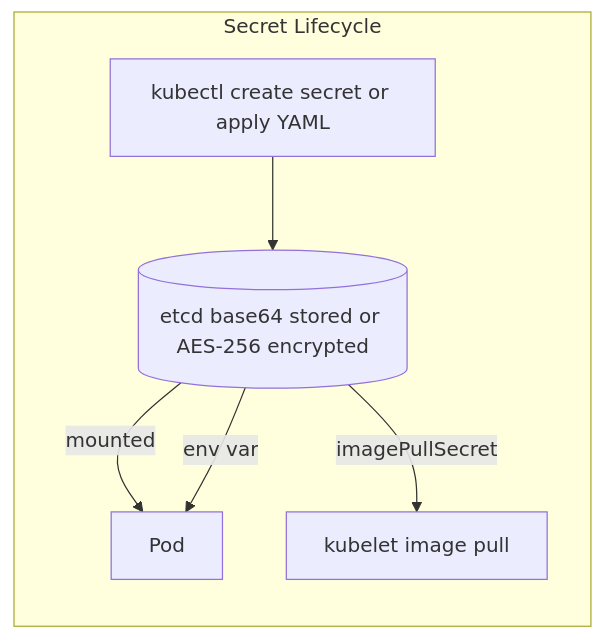
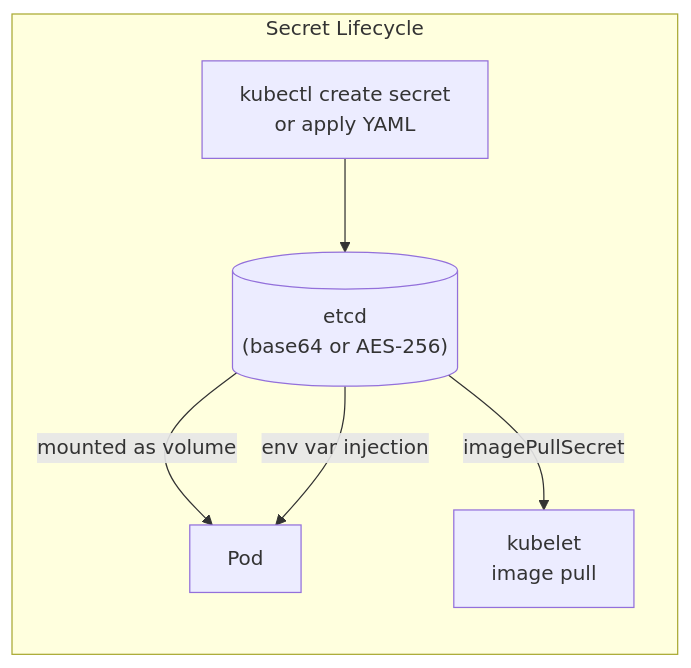
The first of 7 diagrams in 09_security/04_secrets_management.md (UncleJS/course_k3s), drawn with Mermaid before and after one commit. The commit also changed other lines of this file and 45 other files, not shown here.

First line of the commit message:
Expand all course lessons: Mermaid diagrams + rich prose across 43 files

````diff
--- a/09_security/04_secrets_management.md
+++ b/09_security/04_secrets_management.md
@@ -36,9 +36,14 @@
 ```mermaid
-graph LR
+flowchart LR
     subgraph "Secret Lifecycle"
-        CREATE[kubectl create secret or apply YAML] --> ETCD[(etcd base64 stored or AES-256 encrypted)]
-        ETCD -->|mounted| POD[Pod]
-        ETCD -->|env var| POD
-        ETCD -->|imagePullSecret| KUBELET[kubelet image pull]
+        CREATE["kubectl create secret<br/>or apply YAML"]
+        ETCD[("etcd<br/>(base64 or AES-256)")]
+        POD["Pod"]
+        KUBELET["kubelet<br/>image pull"]
+
+        CREATE --> ETCD
+        ETCD -->|"mounted as volume"| POD
+        ETCD -->|"env var injection"| POD
+        ETCD -->|"imagePullSecret"| KUBELET
     end
 ```
````
